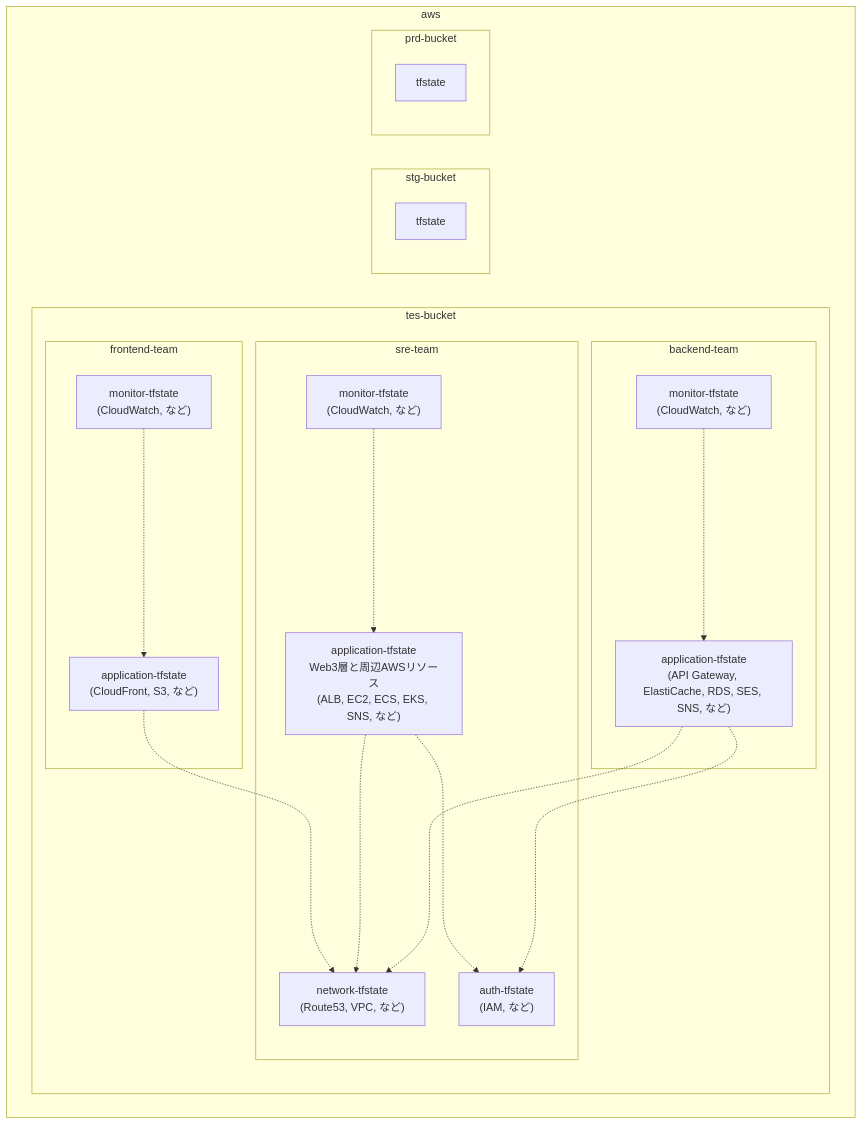
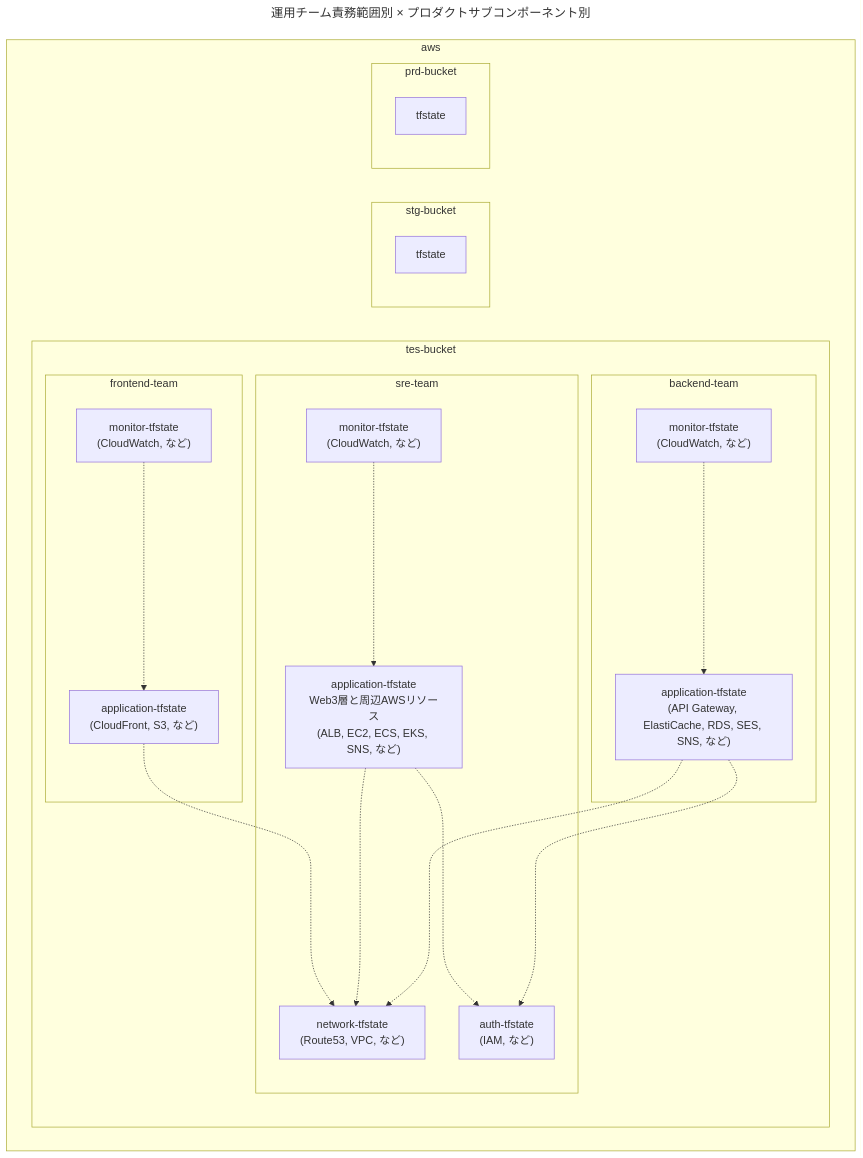
Before and after one commit to hiroki-it/hatenablog: diagram 12 of 12 in dist/draft/Terraformのtfstateファイルの分割手法.md, drawn with Mermaid. The commit also changed other lines of this file, not shown here.

````diff
--- a/dist/draft/Terraformのtfstateファイルの分割手法.md
+++ b/dist/draft/Terraformのtfstateファイルの分割手法.md
@@ -1987,36 +2002,39 @@
 ```mermaid
+---
+title: 運用チーム責務範囲別 × プロダクトサブコンポーネント別
+---
 %%{init:{'theme':'natural'}}%%
 flowchart TB
     subgraph aws
         subgraph tes-bucket
             subgraph frontend-team
                  FrontendApplication["application-tfstate<br>(CloudFront, S3, など)<br>"]
                  FrontendMonitor["monitor-tfstate<br>(CloudWatch, など)"]
             end
             subgraph backend-team
                 BackendApplication["application-tfstate<br>(API Gateway, ElastiCache, RDS, SES, SNS, など)<br>"]
                 BackendMonitor["monitor-tfstate<br>(CloudWatch, など)"]
             end
             subgraph sre-team
                 SreApplication["application-tfstate<br>Web3層と周辺AWSリソース<br>(ALB, EC2, ECS, EKS, SNS, など)<br>"]
                 Auth["auth-tfstate<br>(IAM, など)"]
                 SreMonitor["monitor-tfstate<br>(CloudWatch, など)"]
                 Network["network-tfstate<br>(Route53, VPC, など)"]
             end
             FrontendApplication-...->Network
             SreApplication-...->Auth
             SreApplication-...->Network
             BackendApplication-...->Auth
             BackendApplication-...->Network
             FrontendMonitor-...->FrontendApplication
             SreMonitor-...->SreApplication
             BackendMonitor-...->BackendApplication
        end
     subgraph stg-bucket
         Stgtfstate[tfstate]
     end
     subgraph prd-bucket
         Prdtfstate[tfstate]
     end
     end
 ```
````
